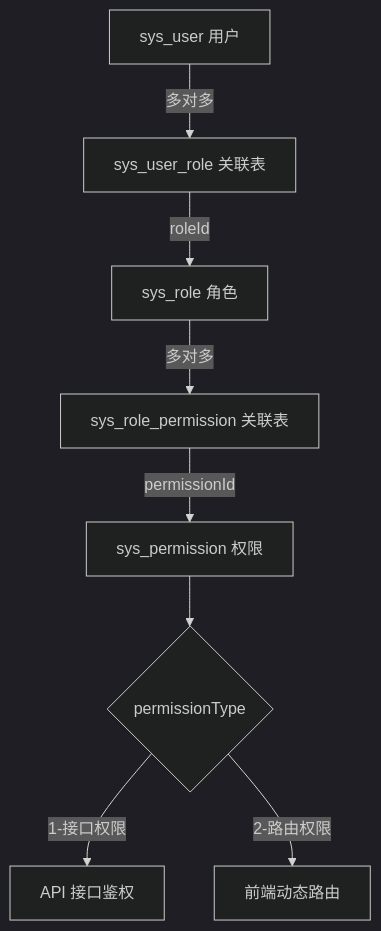
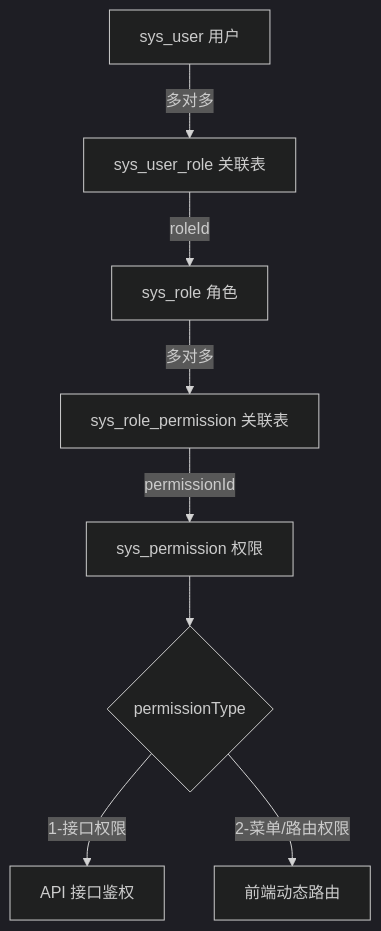
The second of 3 diagrams in README.md (hefuhai001/single-admin), drawn with Mermaid (dark theme) before and after one commit. The commit also changed other lines of this file, not shown here.

````diff
--- a/README.md
+++ b/README.md
@@ -83,11 +85,11 @@
 ```mermaid
 graph TB
     U[sys_user 用户] -->|多对多| UR[sys_user_role 关联表]
     UR -->|roleId| R[sys_role 角色]
     R -->|多对多| RP[sys_role_permission 关联表]
     RP -->|permissionId| P[sys_permission 权限]
 
     P --> PT{permissionType}
     PT -->|1-接口权限| API[API 接口鉴权]
-    PT -->|2-路由权限| ROUTE[前端动态路由]
+    PT -->|2-菜单/路由权限| ROUTE[前端动态路由]
 ```
````
